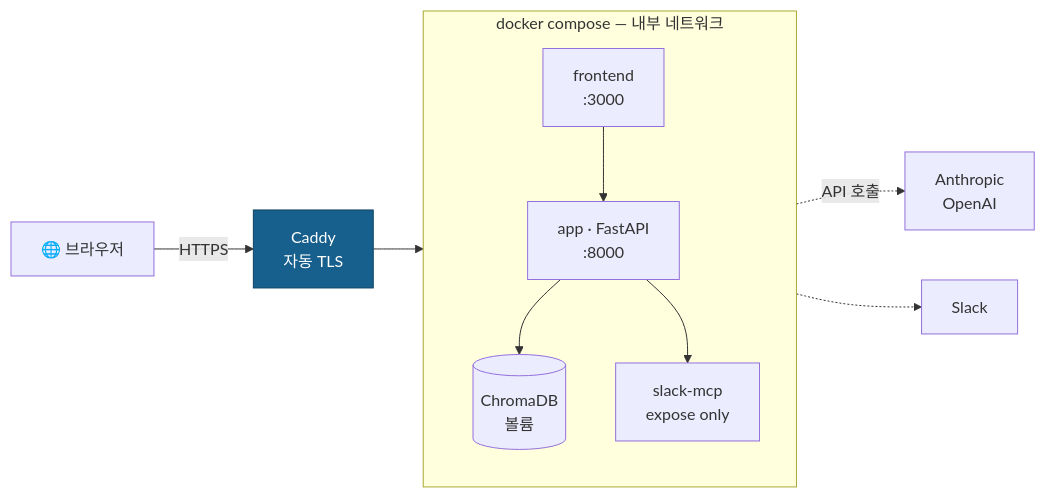
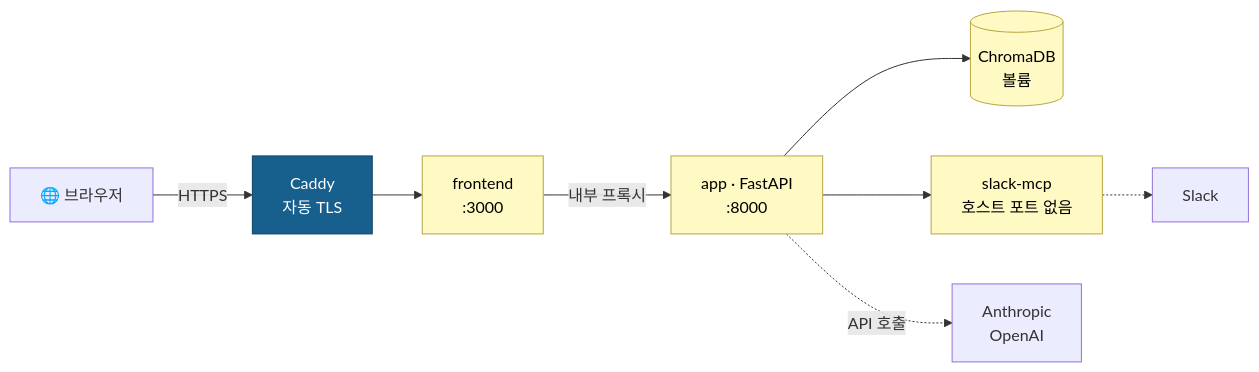
Before and after one commit to MachuEngine/cs-assistant: the fourth of 4 diagrams in README.md, drawn with Mermaid. The commit also changed other lines of this file, not shown here.

Commit message:
docs: README 다이어그램 재수정 — 고해상도 검토에서 드러난 문제 교정
앞 커밋에서 "깔끔하다"고 판단한 것은 저해상도 스크린샷 기준이었고,
2배 해상도로 다시 보니 실제로는 남아 있던 문제가 있었다.

LangGraph 상태 흐름:
- 재시도 화살표가 validate에서 judge 위를 크게 넘어 agent로 되돌아가고,
  E1~E4 점선이 전체 폭을 가로지르며 세 점선이 서로 다른 각도로 꽂히던 문제
- plan~validate를 subgraph로 묶어 재시도 화살표를 박스 안에 가두고,
  밖으로 나가는 에스컬레이션 선을 3개 -> 2개로 축소 (교차 없음)

배포:
- 외부 노드(Anthropic/OpenAI, Slack)가 subgraph 밖에 있어 mermaid가
  경계에서 선을 빼는 바람에, API 호출선이 slack-mcp에서 / Slack선이
  ChromaDB에서 나오는 것처럼 보이는 실제 오해 소지가 있었다
- subgraph를 제거하고 classDef 색으로 compose 서비스를 구분해
  모든 화살표를 노드-대-노드로 명확하게 교정

검증: 헤드리스 Chrome 2배 해상도로 4개 전부 재렌더링해 육안 확인

````diff
--- a/README.md
+++ b/README.md
@@ -481,23 +485,15 @@
 ```mermaid
 flowchart LR
     B["🌐 브라우저"] -->|"HTTPS"| CA["Caddy<br/>자동 TLS"]
-
-    subgraph compose["docker compose — 내부 네트워크"]
-        direction TB
-        FE["frontend<br/>:3000"]
-        AP["app · FastAPI<br/>:8000"]
-        SM["slack-mcp<br/>expose only"]
-        VOL[("ChromaDB<br/>볼륨")]
-
-        FE --> AP
-        AP --> VOL
-        AP --> SM
-    end
-
-    CA --> FE
+    CA --> FE["frontend<br/>:3000"]
+    FE -->|"내부 프록시"| AP["app · FastAPI<br/>:8000"]
+    AP --> VOL[("ChromaDB<br/>볼륨")]
+    AP --> SM["slack-mcp<br/>호스트 포트 없음"]
     AP -.->|"API 호출"| EXT["Anthropic<br/>OpenAI"]
     SM -.-> SL["Slack"]
 
+    classDef svc fill:#fff9c4,stroke:#b8a642,color:#000
     classDef pub fill:#175F8C,stroke:#0f4363,color:#fff
+    class FE,AP,SM,VOL svc
     class CA pub
 ```
````
